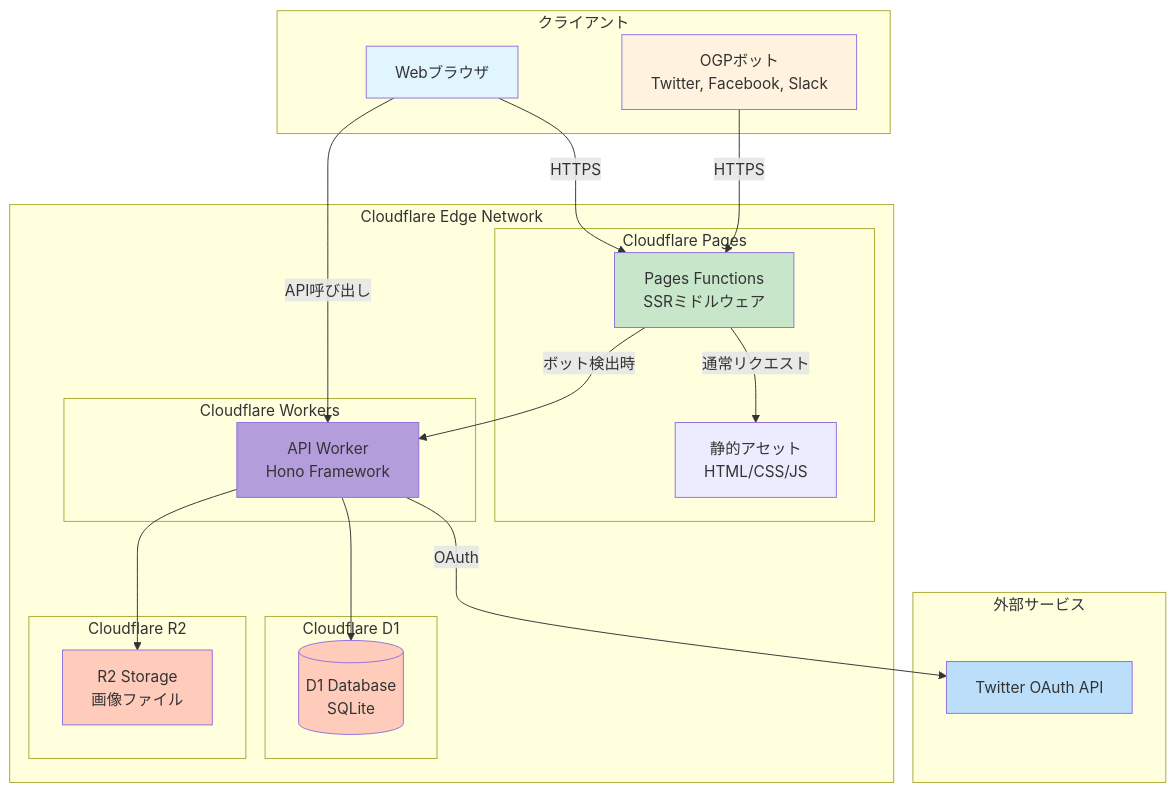
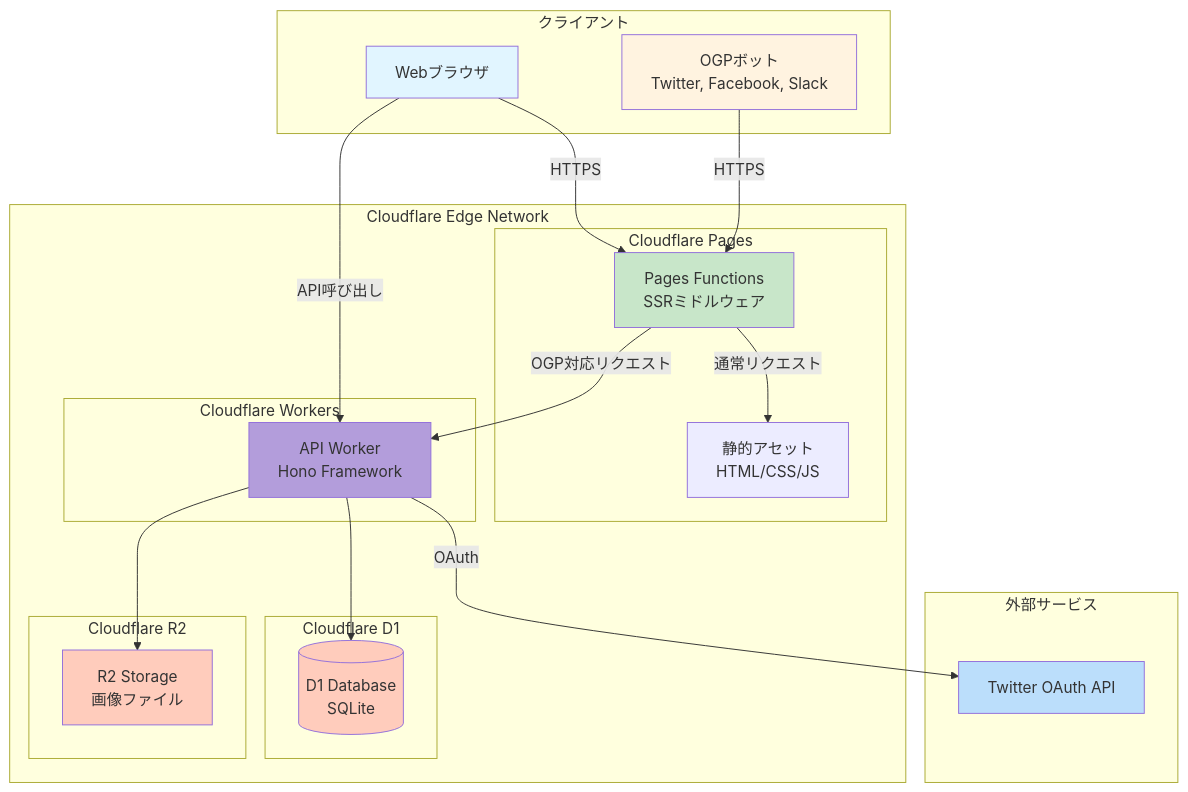
Before and after one commit to 7474/shumilog: the first of 8 diagrams in docs/architecture.md, drawn with Mermaid. The commit also changed other lines of this file and 2 other files, not shown here.

````diff
--- a/docs/architecture.md
+++ b/docs/architecture.md
@@ -35,47 +35,47 @@
 ```mermaid
 graph TB
     subgraph "クライアント"
         Browser[Webブラウザ]
         Bot[OGPボット<br/>Twitter, Facebook, Slack]
     end
     
     subgraph "Cloudflare Edge Network"
         subgraph "Cloudflare Pages"
             PagesFunctions[Pages Functions<br/>SSRミドルウェア]
             StaticAssets[静的アセット<br/>HTML/CSS/JS]
         end
         
         subgraph "Cloudflare Workers"
             API[API Worker<br/>Hono Framework]
         end
         
         subgraph "Cloudflare D1"
             Database[(D1 Database<br/>SQLite)]
         end
         
         subgraph "Cloudflare R2"
             Storage[R2 Storage<br/>画像ファイル]
         end
     end
     
     subgraph "外部サービス"
         Twitter[Twitter OAuth API]
     end
     
     Browser -->|HTTPS| PagesFunctions
     Bot -->|HTTPS| PagesFunctions
     PagesFunctions -->|通常リクエスト| StaticAssets
-    PagesFunctions -->|ボット検出時| API
+    PagesFunctions -->|OGP対応リクエスト| API
     Browser -->|API呼び出し| API
     API --> Database
     API --> Storage
     API -->|OAuth| Twitter
     
     style Browser fill:#e1f5ff
     style Bot fill:#fff3e0
     style PagesFunctions fill:#c8e6c9
     style API fill:#b39ddb
     style Database fill:#ffccbc
     style Storage fill:#ffccbc
     style Twitter fill:#bbdefb
 ```
````
